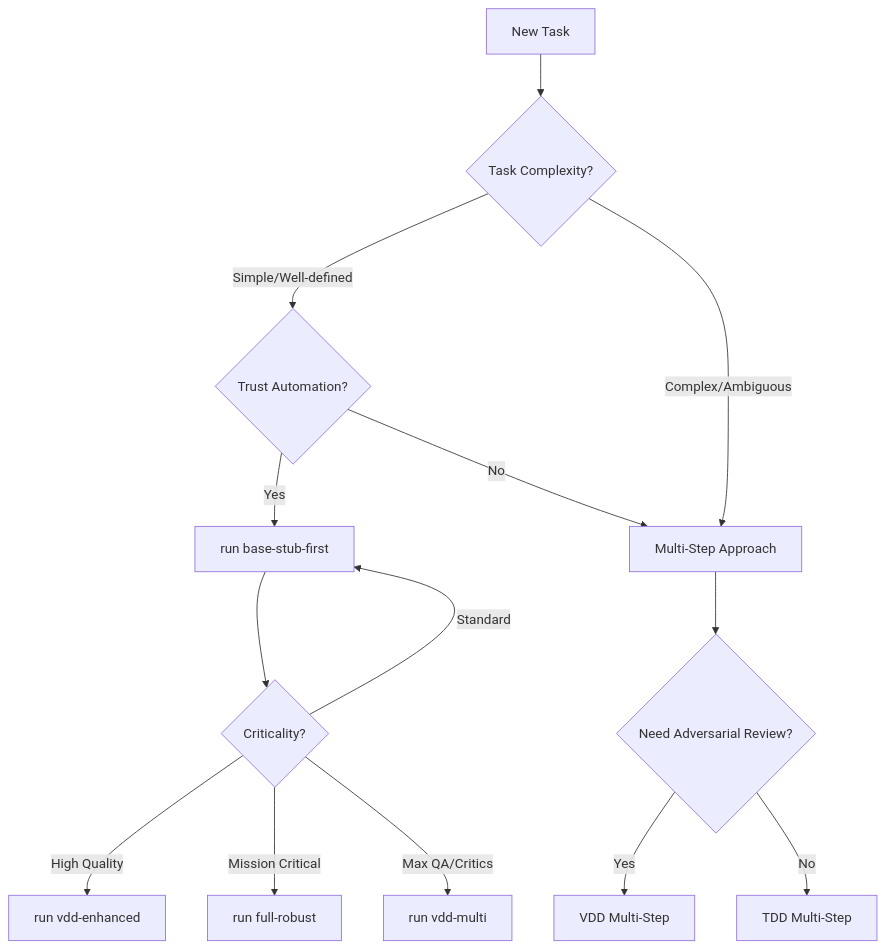
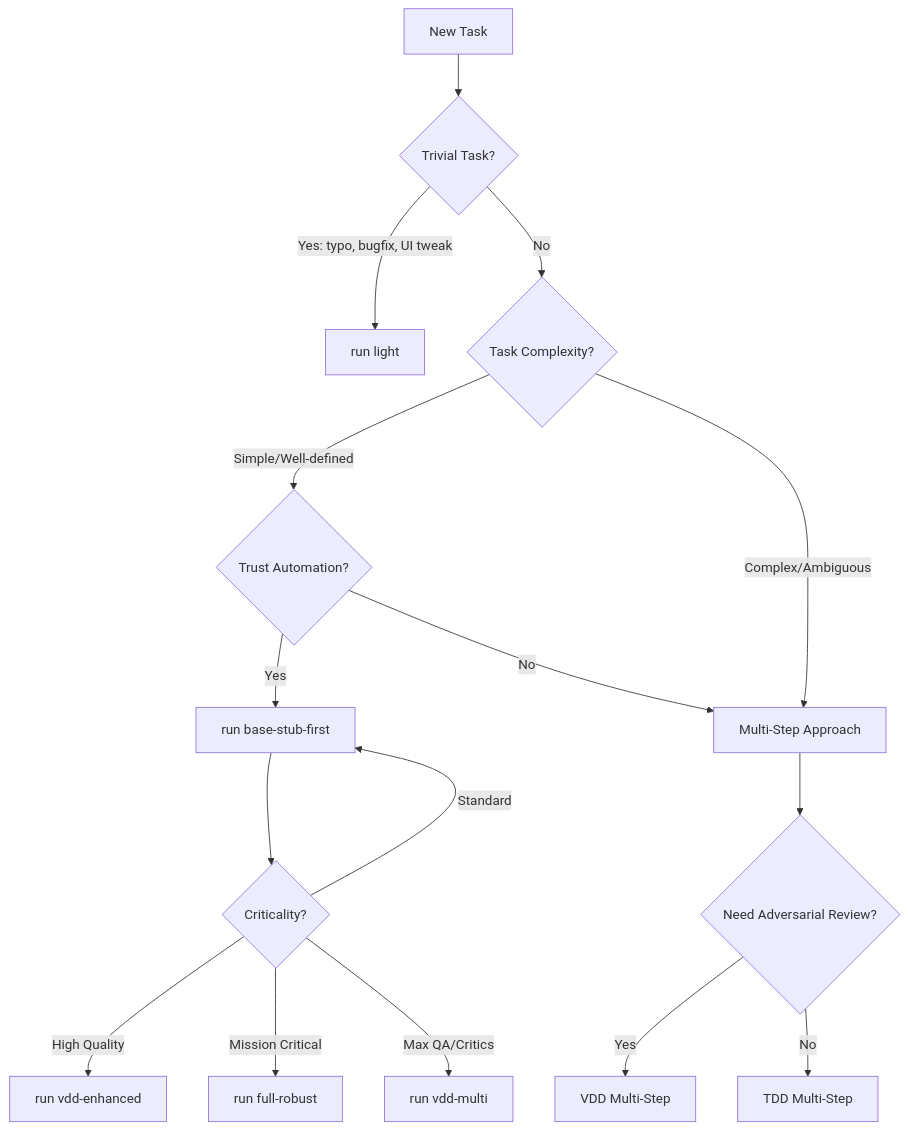
Before and after one commit to MatrixFounder/Agentic-development: the second of 2 diagrams in System/Docs/WORKFLOWS.md, drawn with Mermaid. The commit also changed other lines of this file and 13 other files, not shown here.

````diff
--- a/System/Docs/WORKFLOWS.md
+++ b/System/Docs/WORKFLOWS.md
@@ -286,17 +295,19 @@
 ```mermaid
 graph TD
-    A[New Task] --> B{Task Complexity?}
+    A[New Task] --> T{Trivial Task?}
+    T -->|Yes: typo, bugfix, UI tweak| L[run light]
+    T -->|No| B{Task Complexity?}
     B -->|Simple/Well-defined| C{Trust Automation?}
     B -->|Complex/Ambiguous| D[Multi-Step Approach]
     C -->|Yes| E[run base-stub-first]
     C -->|No| D
     D --> F{Need Adversarial Review?}
     F -->|Yes| G[VDD Multi-Step]
     F -->|No| H[TDD Multi-Step]
     
     E --> I{Criticality?}
     I -->|Standard| E
     I -->|High Quality| J[run vdd-enhanced]
     I -->|Mission Critical| K[run full-robust]
-    I -->|Max QA/Critics| L[run vdd-multi]
+    I -->|Max QA/Critics| M[run vdd-multi]
 ```
````
